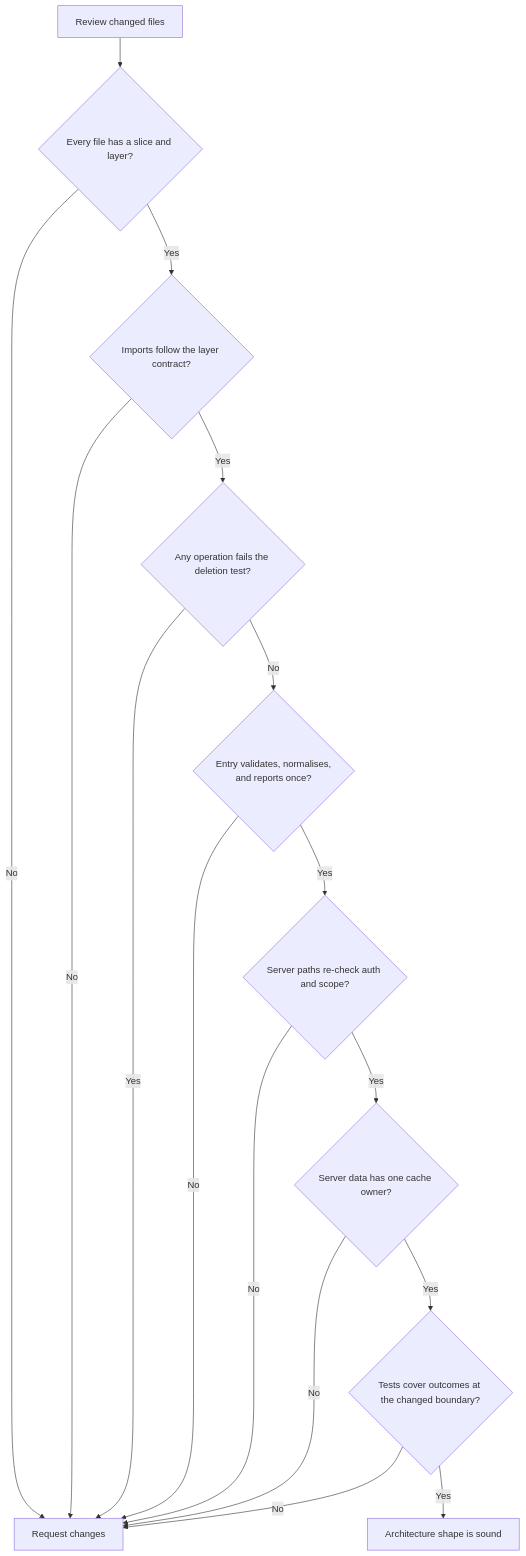
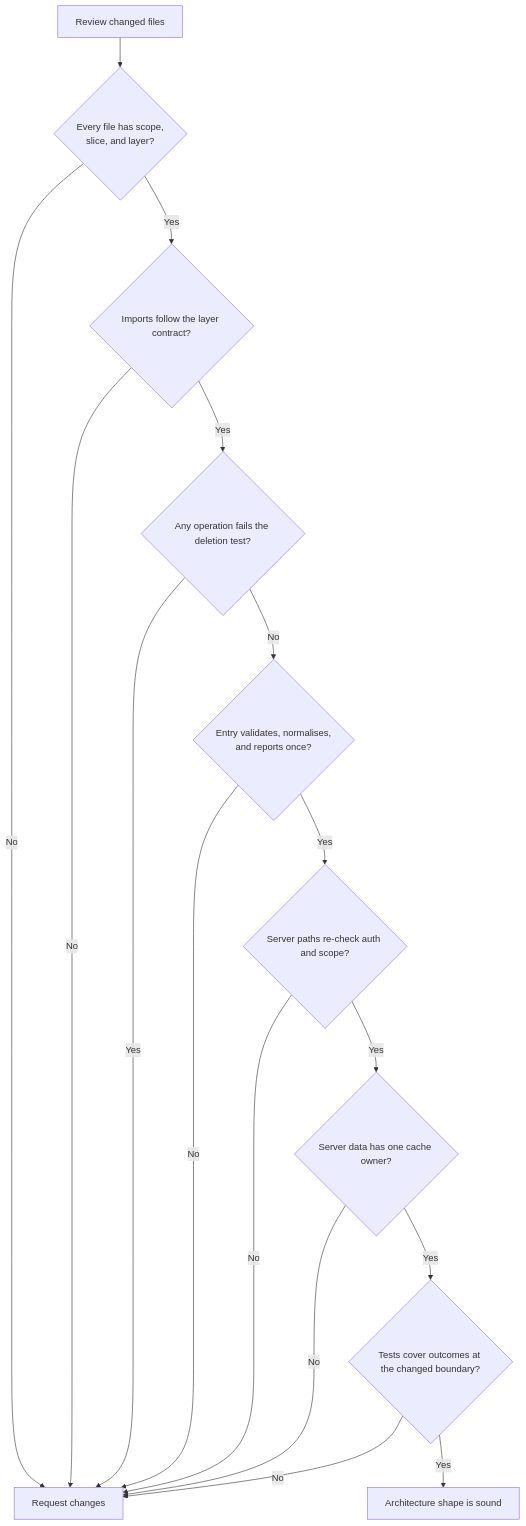
Before and after one commit to clicktronix/nextjs-clean-skills: the fifth of 5 diagrams in docs/agent-decision-maps.md, drawn with Mermaid. The commit also changed other lines of this file and 18 other files, not shown here.

Commit message:
Expand and validate architecture documentation

````diff
--- a/docs/agent-decision-maps.md
+++ b/docs/agent-decision-maps.md
@@ -87,18 +100,20 @@
 ```mermaid
 flowchart TB
-  Start["Review changed files"] --> Owner{"Every file has a slice and layer?"}
+  accTitle: Review an architecture change
+  accDescr: Review ownership, imports, semantic depth, boundary guarantees, authorization, state ownership, and tests in order.
+  Start["Review changed files"] --> Owner{"Every file has scope,<br/>slice, and layer?"}
   Owner -->|No| Block["Request changes"]
   Owner -->|Yes| Imports{"Imports follow the layer contract?"}
   Imports -->|No| Block
   Imports -->|Yes| Empty{"Any operation fails the deletion test?"}
   Empty -->|Yes| Block
   Empty -->|No| Boundary{"Entry validates, normalises,<br/>and reports once?"}
   Boundary -->|No| Block
   Boundary -->|Yes| Auth{"Server paths re-check auth and scope?"}
   Auth -->|No| Block
   Auth -->|Yes| State{"Server data has one cache owner?"}
   State -->|No| Block
   State -->|Yes| Tests{"Tests cover outcomes at the changed boundary?"}
   Tests -->|No| Block
   Tests -->|Yes| Accept["Architecture shape is sound"]
 ```
````
